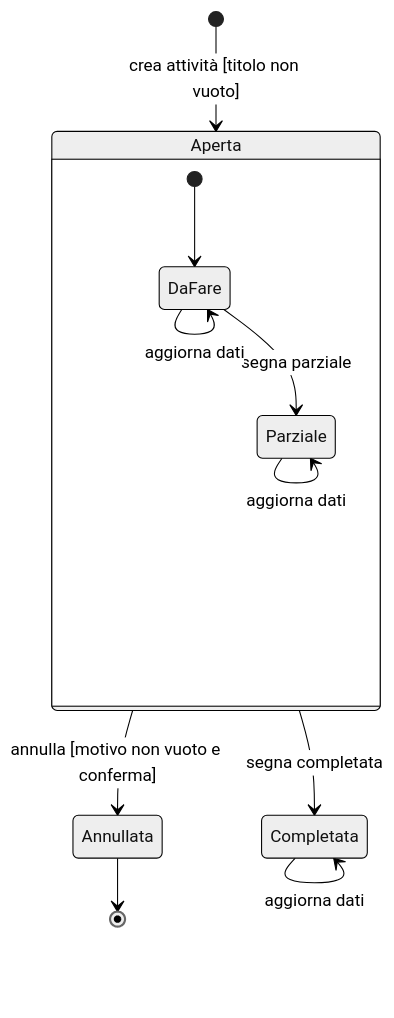
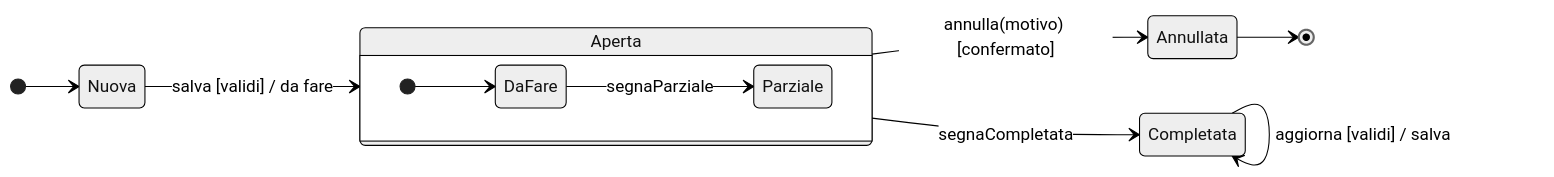
The second of 3 diagrams in docs/deliverables/specifica-requisiti.md (ThatIsPoli/MPlan), drawn with Mermaid (neutral theme) before and after one commit. The commit also changed other lines of this file and 1 other file, not shown here.

````diff
--- a/docs/deliverables/specifica-requisiti.md
+++ b/docs/deliverables/specifica-requisiti.md
@@ -525,14 +528,15 @@
 ```mermaid
 stateDiagram-v2
-    [*] --> Aperta : crea attività [titolo non vuoto]
+    direction LR
+    [*] --> Nuova
+    Nuova --> Aperta : salva [validi] / da fare
     state Aperta {
+        direction LR
         [*] --> DaFare
-        DaFare --> Parziale : segna parziale
-        DaFare --> DaFare : aggiorna dati
-        Parziale --> Parziale : aggiorna dati
+        DaFare --> Parziale : segnaParziale
     }
-    Aperta --> Completata : segna completata
-    Aperta --> Annullata : annulla [motivo non vuoto e conferma]
-    Completata --> Completata : aggiorna dati
+    Aperta --> Completata : segnaCompletata
+    Aperta --> Annullata : annulla(motivo) [confermato]
+    Completata --> Completata : aggiorna [validi] / salva
     Annullata --> [*]
 ```
````
